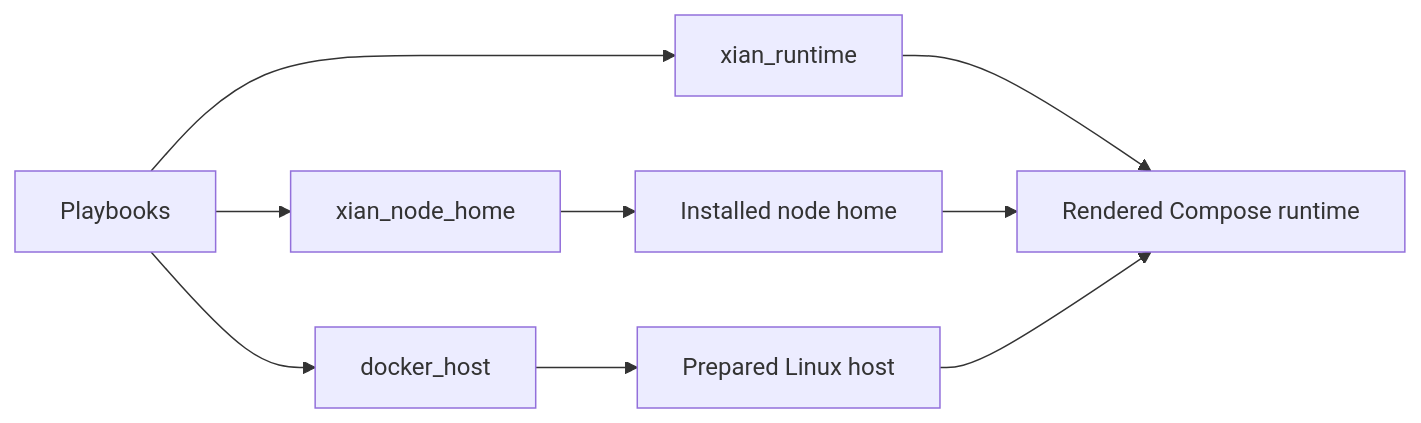
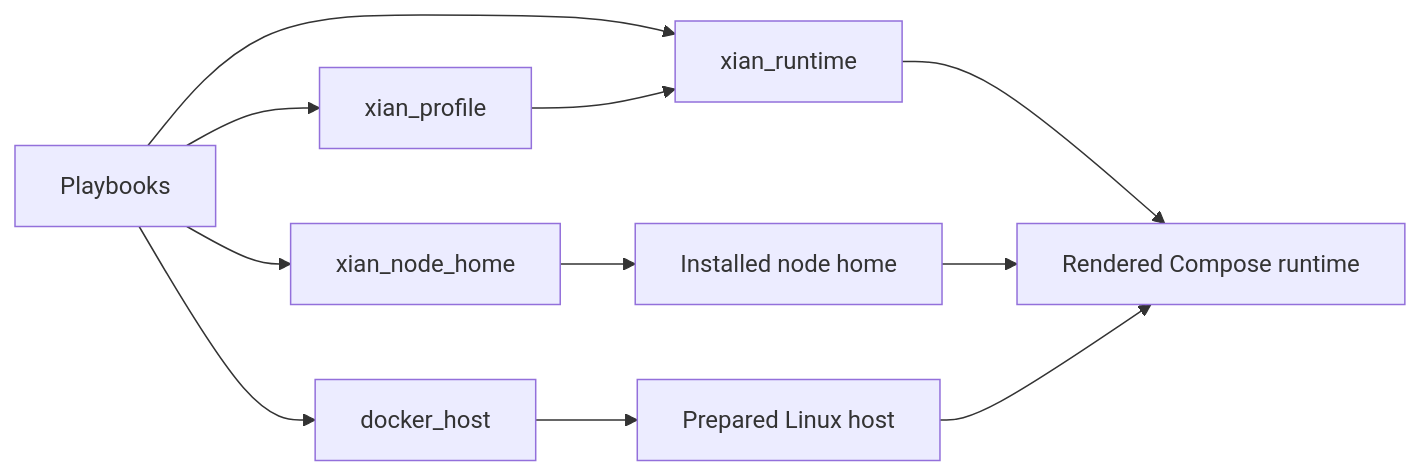
Before and after one commit to xian-technology/xian-deploy: the diagram in roles/README.md, drawn with Mermaid. The commit also changed other lines of this file and 42 other files, not shown here.

````diff
--- a/roles/README.md
+++ b/roles/README.md
@@ -11,11 +12,13 @@
 ```mermaid
 flowchart LR
   Playbooks["Playbooks"] --> DockerHost["docker_host"]
+  Playbooks --> Profile["xian_profile"]
   Playbooks --> NodeHome["xian_node_home"]
   Playbooks --> Runtime["xian_runtime"]
   DockerHost --> Host["Prepared Linux host"]
+  Profile --> Runtime
   NodeHome --> Home["Installed node home"]
   Runtime --> Compose["Rendered Compose runtime"]
   Home --> Compose
   Host --> Compose
 ```
````
